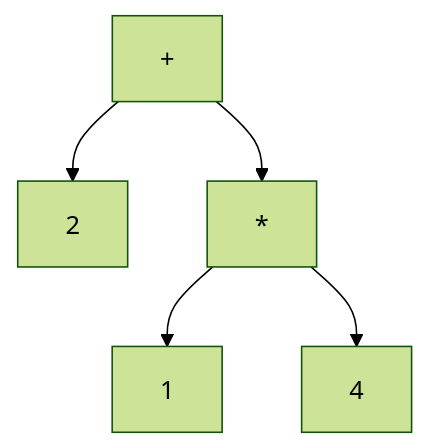
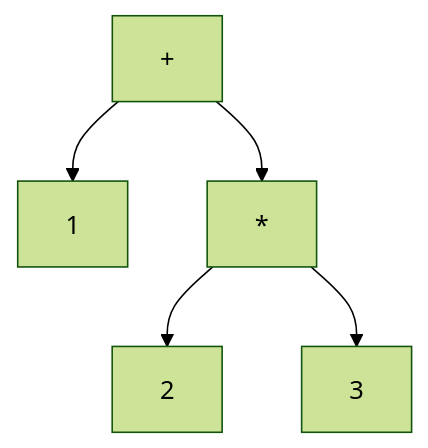
The first of 2 diagrams in 01-Arvore Binária de Expressão.md (lrlucena/gist-potigol), drawn with Mermaid (forest theme) before and after one commit. The commit also changed other lines of this file, not shown here.

````diff
--- a/01-Arvore Binária de Expressão.md
+++ b/01-Arvore Binária de Expressão.md
@@ -12,8 +15,7 @@
 ```mermaid
 flowchart TB
-  + --> 2
+  + --> 1
   + --> *
-  * --> 1
-  * --> 4
-
+  * --> 2
+  * --> 3
 ```
````
